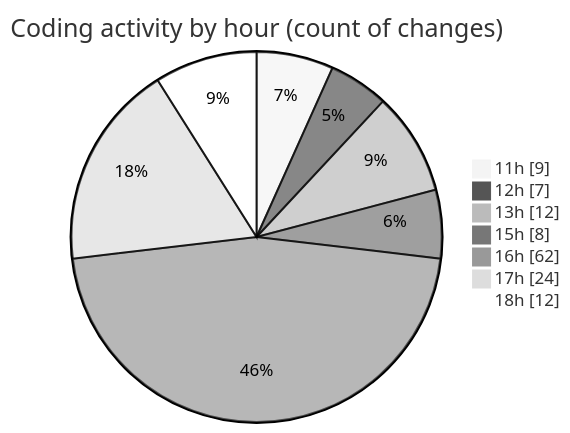
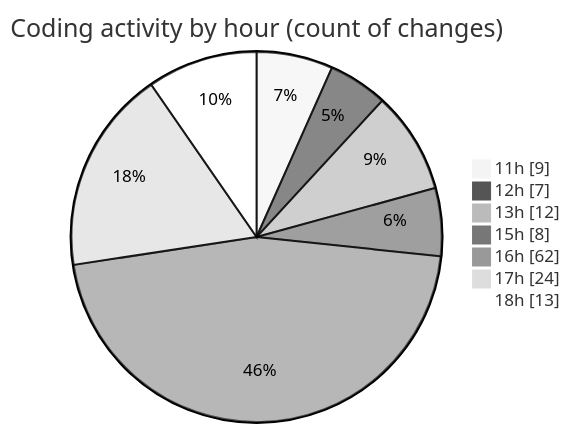
One commit to EIIisD/code-tracking changed the second of 2 diagrams in 2025-08-07/ribbon/README.md. Above: the diagram before and after it, drawn with Mermaid (neutral theme). The commit also changed other lines of this file and 1 other file, not shown here.

````diff
--- a/2025-08-07/ribbon/README.md
+++ b/2025-08-07/ribbon/README.md
@@ -49,11 +49,11 @@
 ```mermaid
 pie showData
 title Coding activity by hour (count of changes)
 "11h" : 9
 "12h" : 7
 "13h" : 12
 "15h" : 8
 "16h" : 62
 "17h" : 24
-"18h" : 12
+"18h" : 13
 ```
````
